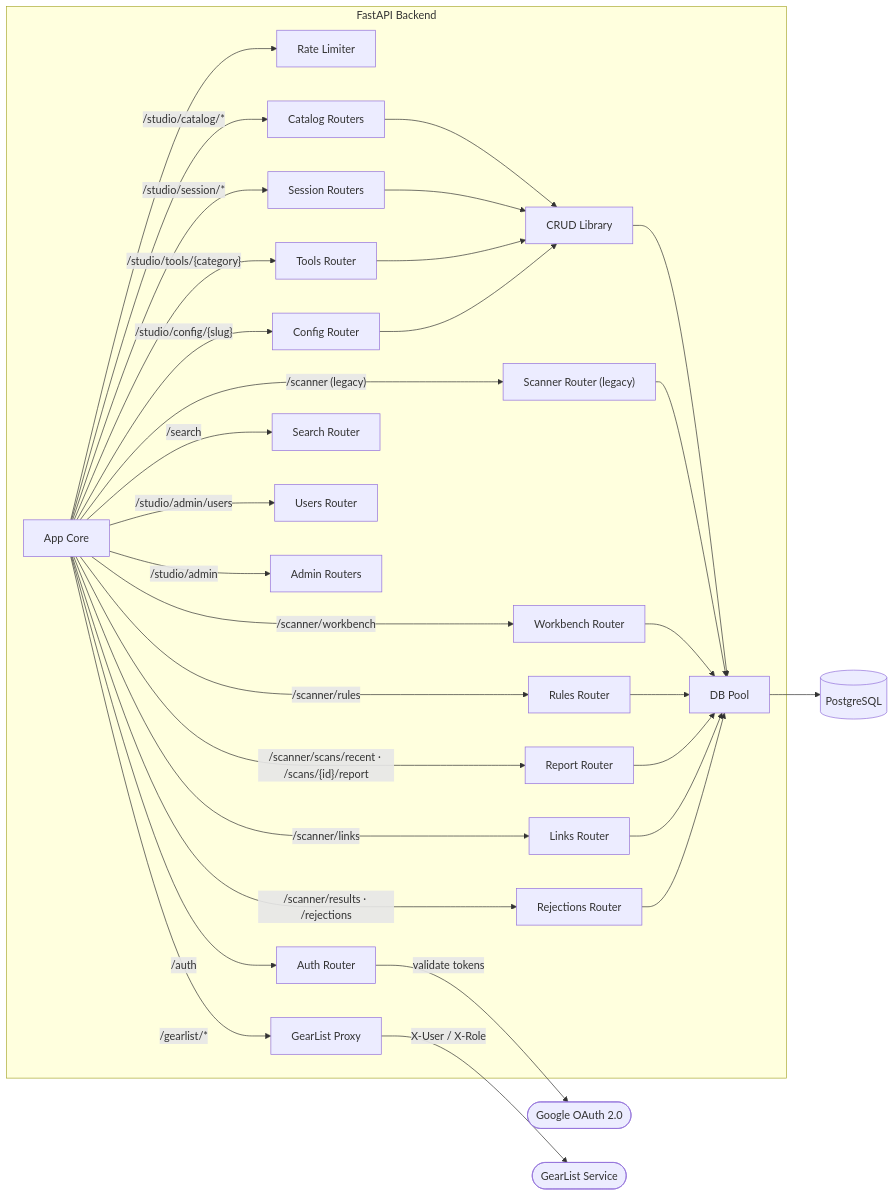
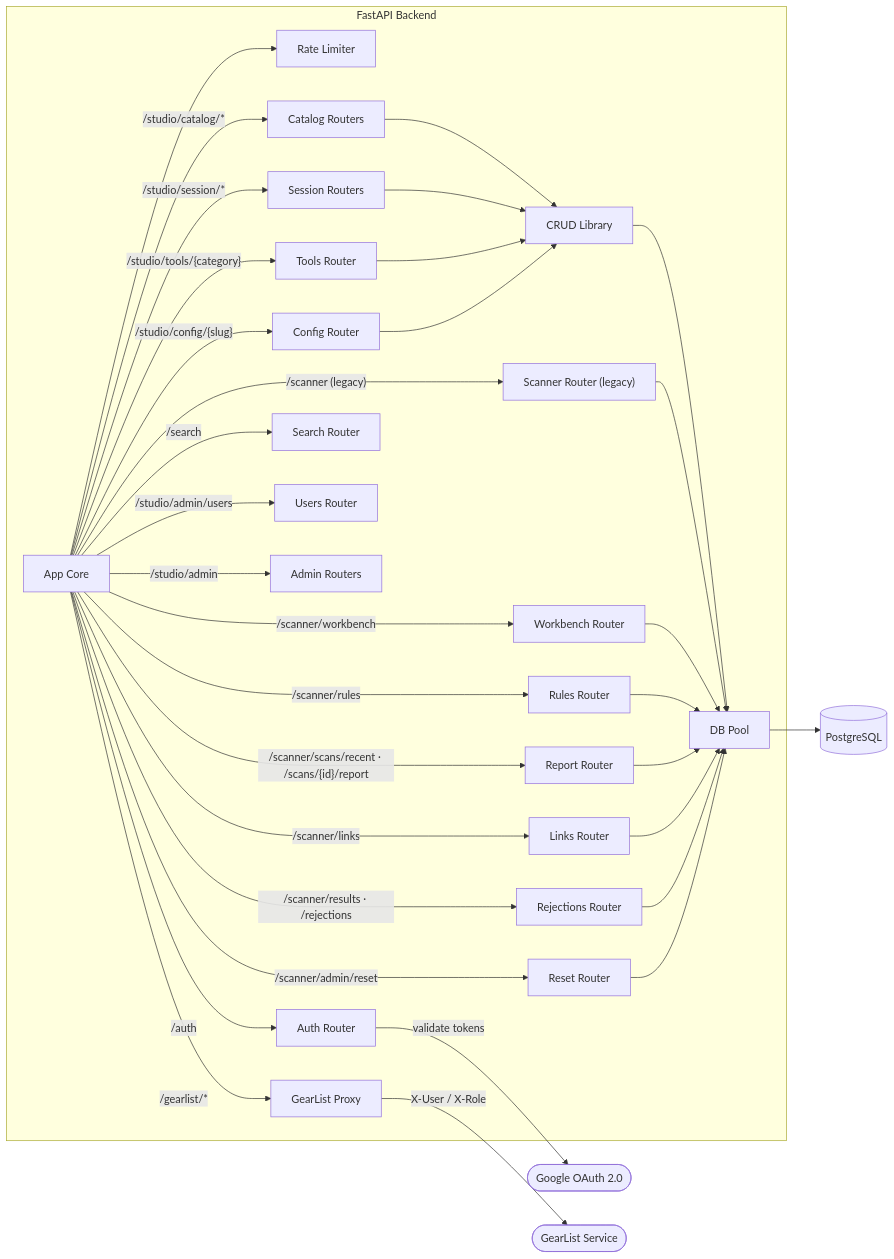
The diagram in docs/arch/diagrams/l3-backend.md (edtbl76/stud.io), drawn with Mermaid before and after one commit. The commit also changed other lines of this file and 25 other files, not shown here.

````diff
--- a/docs/arch/diagrams/l3-backend.md
+++ b/docs/arch/diagrams/l3-backend.md
@@ -5,59 +5,62 @@
 ```mermaid
 graph LR
     subgraph backend ["FastAPI Backend"]
         appcore["App Core"]
         limiter["Rate Limiter"]
         authrouter["Auth Router"]
         catalogrouters["Catalog Routers"]
         sessionrouters["Session Routers"]
         toolsrouter["Tools Router"]
         configrouter["Config Router"]
         searchrouter["Search Router"]
         usersrouter["Users Router"]
         adminrouters["Admin Routers"]
         gearlistrouter["GearList Proxy"]
         scannerrouter["Scanner Router (legacy)"]
         workbenchrouter["Workbench Router"]
         rulesrouter["Rules Router"]
         reportrouter["Report Router"]
         linksrouter["Links Router"]
         rejectionsrouter["Rejections Router"]
+        resetrouter["Reset Router"]
         crudlib["CRUD Library"]
         dbpool["DB Pool"]
     end
 
     db[("PostgreSQL")]
     google(["Google OAuth 2.0"])
     gearlist(["GearList Service"])
 
     appcore --> limiter
     appcore -->|"/auth"| authrouter
     appcore -->|"/studio/catalog/*"| catalogrouters
     appcore -->|"/studio/session/*"| sessionrouters
     appcore -->|"/studio/tools/{category}"| toolsrouter
     appcore -->|"/studio/config/{slug}"| configrouter
     appcore -->|"/search"| searchrouter
     appcore -->|"/studio/admin/users"| usersrouter
     appcore -->|"/studio/admin"| adminrouters
     appcore -->|"/gearlist/*"| gearlistrouter
     appcore -->|"/scanner (legacy)"| scannerrouter
     appcore -->|"/scanner/workbench"| workbenchrouter
     appcore -->|"/scanner/rules"| rulesrouter
     appcore -->|"/scanner/scans/recent · /scans/{id}/report"| reportrouter
     appcore -->|"/scanner/links"| linksrouter
     appcore -->|"/scanner/results · /rejections"| rejectionsrouter
+    appcore -->|"/scanner/admin/reset"| resetrouter
     catalogrouters --> crudlib
     sessionrouters --> crudlib
     toolsrouter --> crudlib
     configrouter --> crudlib
     crudlib --> dbpool
     scannerrouter --> dbpool
     workbenchrouter --> dbpool
     rulesrouter --> dbpool
     reportrouter --> dbpool
     linksrouter --> dbpool
     rejectionsrouter --> dbpool
+    resetrouter --> dbpool
     dbpool --> db
     authrouter -->|"validate tokens"| google
     gearlistrouter -->|"X-User / X-Role"| gearlist
 ```
````
